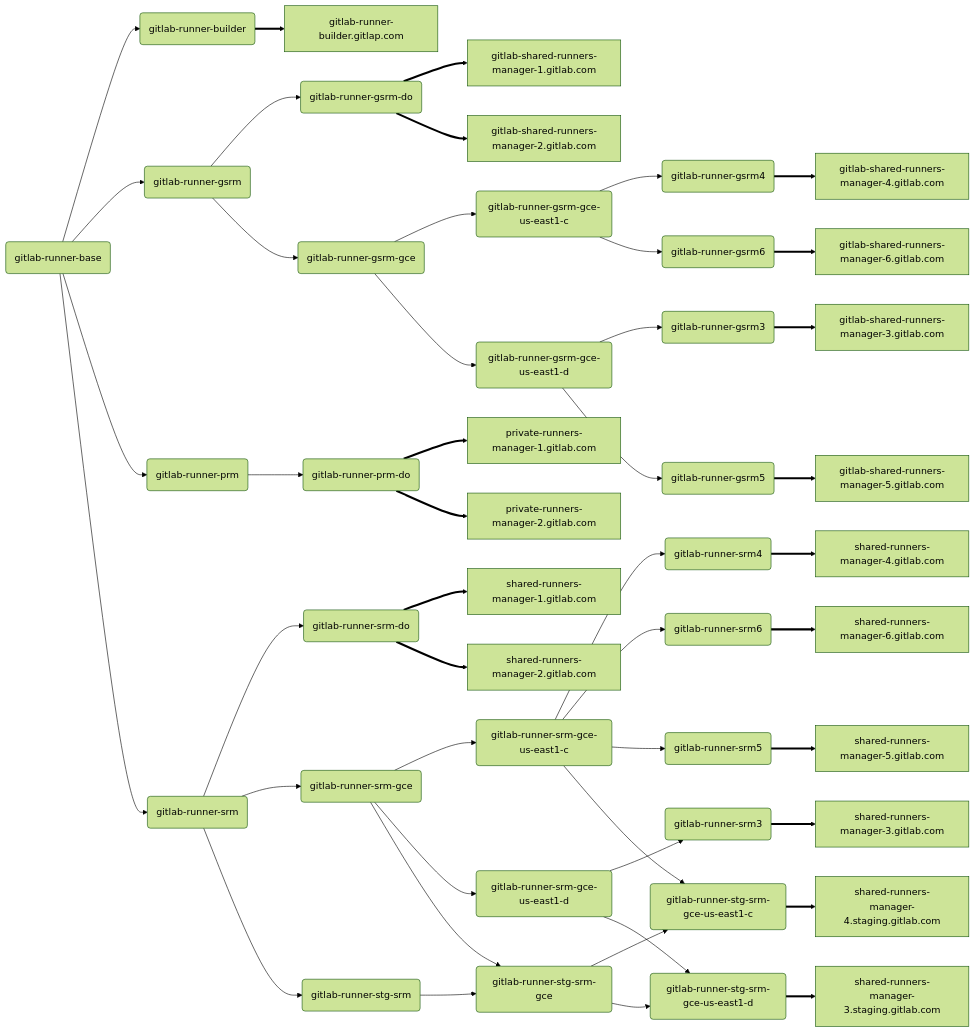
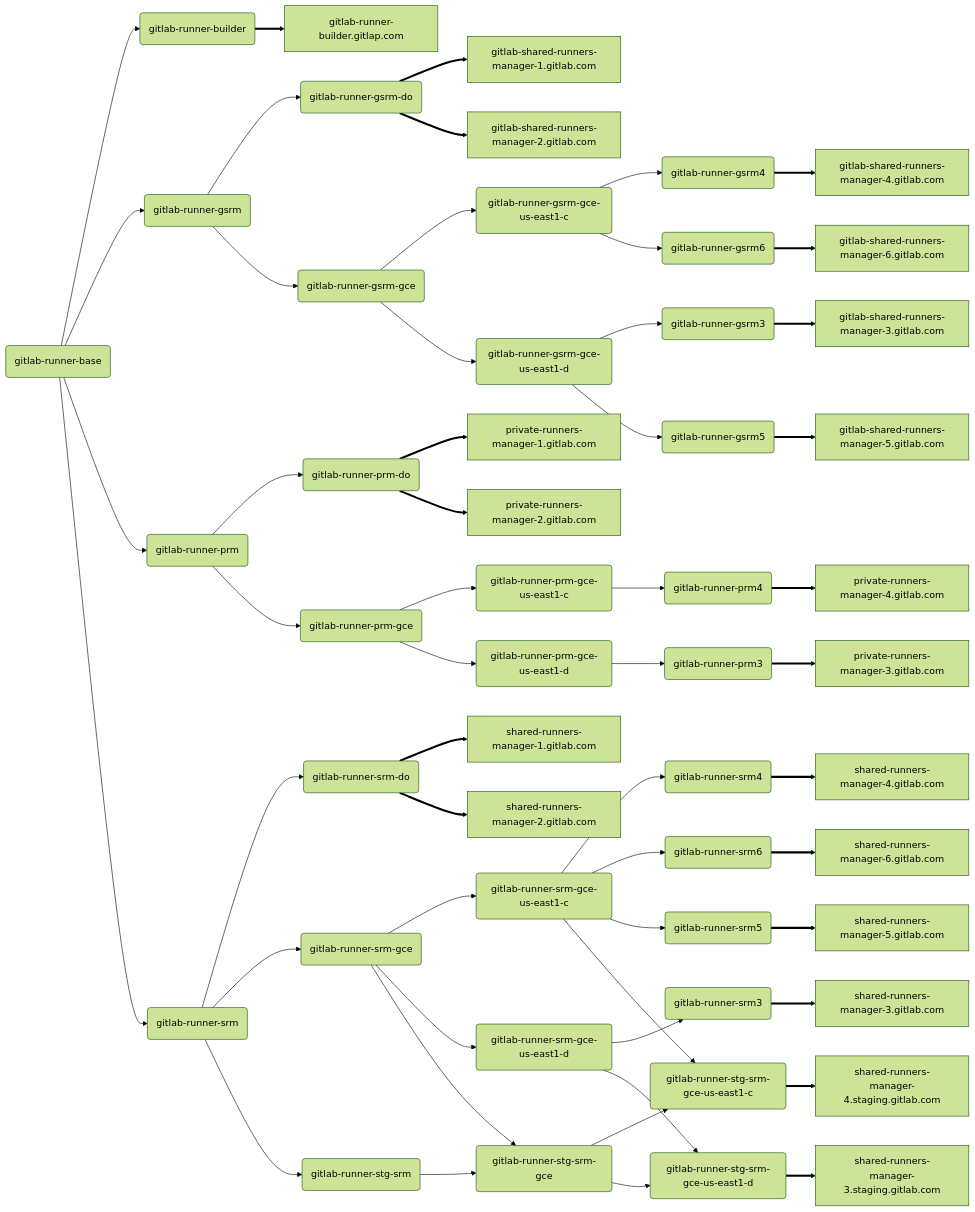
Before and after one commit to mattrussi/gitlab-com-runbooks: the diagram in howto/update-gitlab-runner-on-managers.md, drawn with Mermaid (forest theme).

Commit message:
Add new PRM roles and nodes

```diff
--- a/howto/update-gitlab-runner-on-managers.md
+++ b/howto/update-gitlab-runner-on-managers.md
@@ -21,6 +21,11 @@
 
     r::prm(gitlab-runner-prm)
     r::prm-do(gitlab-runner-prm-do)
+    r::prm-gce(gitlab-runner-prm-gce)
+    r::prm-gce-us-east1-c(gitlab-runner-prm-gce-us-east1-c)
+    r::prm3(gitlab-runner-prm3)
+    r::prm-gce-us-east1-d(gitlab-runner-prm-gce-us-east1-d)
+    r::prm4(gitlab-runner-prm4)
 
     r::srm(gitlab-runner-srm)
     r::srm-do(gitlab-runner-srm-do)
@@ -48,6 +53,8 @@
 
     n::prm1[private-runners-manager-1.gitlab.com]
     n::prm2[private-runners-manager-2.gitlab.com]
+    n::prm3[private-runners-manager-3.gitlab.com]
+    n::prm4[private-runners-manager-4.gitlab.com]
 
     n::srm1[shared-runners-manager-1.gitlab.com]
     n::srm2[shared-runners-manager-2.gitlab.com]
@@ -82,6 +89,13 @@
     r::prm --> r::prm-do
     r::prm-do ==> n::prm1
     r::prm-do ==> n::prm2
+    r::prm --> r::prm-gce
+    r::prm-gce --> r::prm-gce-us-east1-c
+    r::prm-gce-us-east1-c --> r::prm4
+    r::prm4 ==> n::prm4
+    r::prm-gce --> r::prm-gce-us-east1-d
+    r::prm-gce-us-east1-d --> r::prm3
+    r::prm3 ==> n::prm3
 
     r::base --> r::srm
     r::srm --> r::srm-do
```
